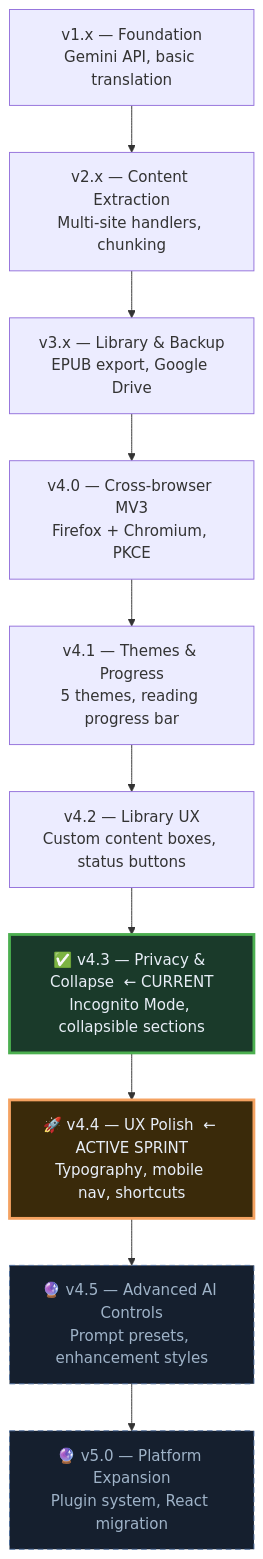
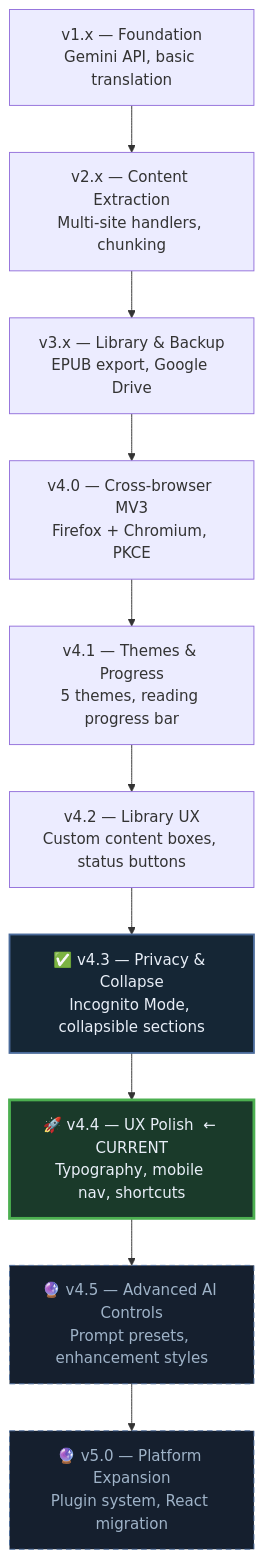
One commit to Life-Experimentalist/RanobeGemini changed the diagram in docs/overview/Roadmap.md. Above: the diagram before and after it, drawn with Mermaid. The commit also changed other lines of this file and 12 other files, not shown here.

````diff
--- a/docs/overview/Roadmap.md
+++ b/docs/overview/Roadmap.md
@@ -9,20 +9,20 @@
 ```mermaid
 graph TD
     v1["v1.x — Foundation\nGemini API, basic translation"]
     v2["v2.x — Content Extraction\nMulti-site handlers, chunking"]
     v3["v3.x — Library & Backup\nEPUB export, Google Drive"]
     v40["v4.0 — Cross-browser MV3\nFirefox + Chromium, PKCE"]
     v41["v4.1 — Themes & Progress\n5 themes, reading progress bar"]
     v42["v4.2 — Library UX\nCustom content boxes, status buttons"]
-    v43["✅ v4.3 — Privacy & Collapse  ← CURRENT\nIncognito Mode, collapsible sections"]
-    v44["🚀 v4.4 — UX Polish  ← ACTIVE SPRINT\nTypography, mobile nav, shortcuts"]
+    v43["✅ v4.3 — Privacy & Collapse\nIncognito Mode, collapsible sections"]
+    v44["🚀 v4.4 — UX Polish  ← CURRENT\nTypography, mobile nav, shortcuts"]
     v45["🔮 v4.5 — Advanced AI Controls\nPrompt presets, enhancement styles"]
     v50["🔮 v5.0 — Platform Expansion\nPlugin system, React migration"]
 
     v1 --> v2 --> v3 --> v40 --> v41 --> v42 --> v43 --> v44 --> v45 --> v50
 
-    style v43 fill:#1a3a2a,stroke:#4caf50,stroke-width:3px,color:#e8eef7
-    style v44 fill:#3a2a0a,stroke:#f4a261,stroke-width:3px,color:#e8eef7
+    style v43 fill:#152635,stroke:#4a6a9a,stroke-width:2px,color:#e8eef7
+    style v44 fill:#1a3a2a,stroke:#4caf50,stroke-width:3px,color:#e8eef7
     style v45 fill:#151f2e,stroke:#4a6a9a,stroke-dasharray:6 4,color:#9fb3c8
     style v50 fill:#151f2e,stroke:#4a6a9a,stroke-dasharray:6 4,color:#9fb3c8
 ```
````
